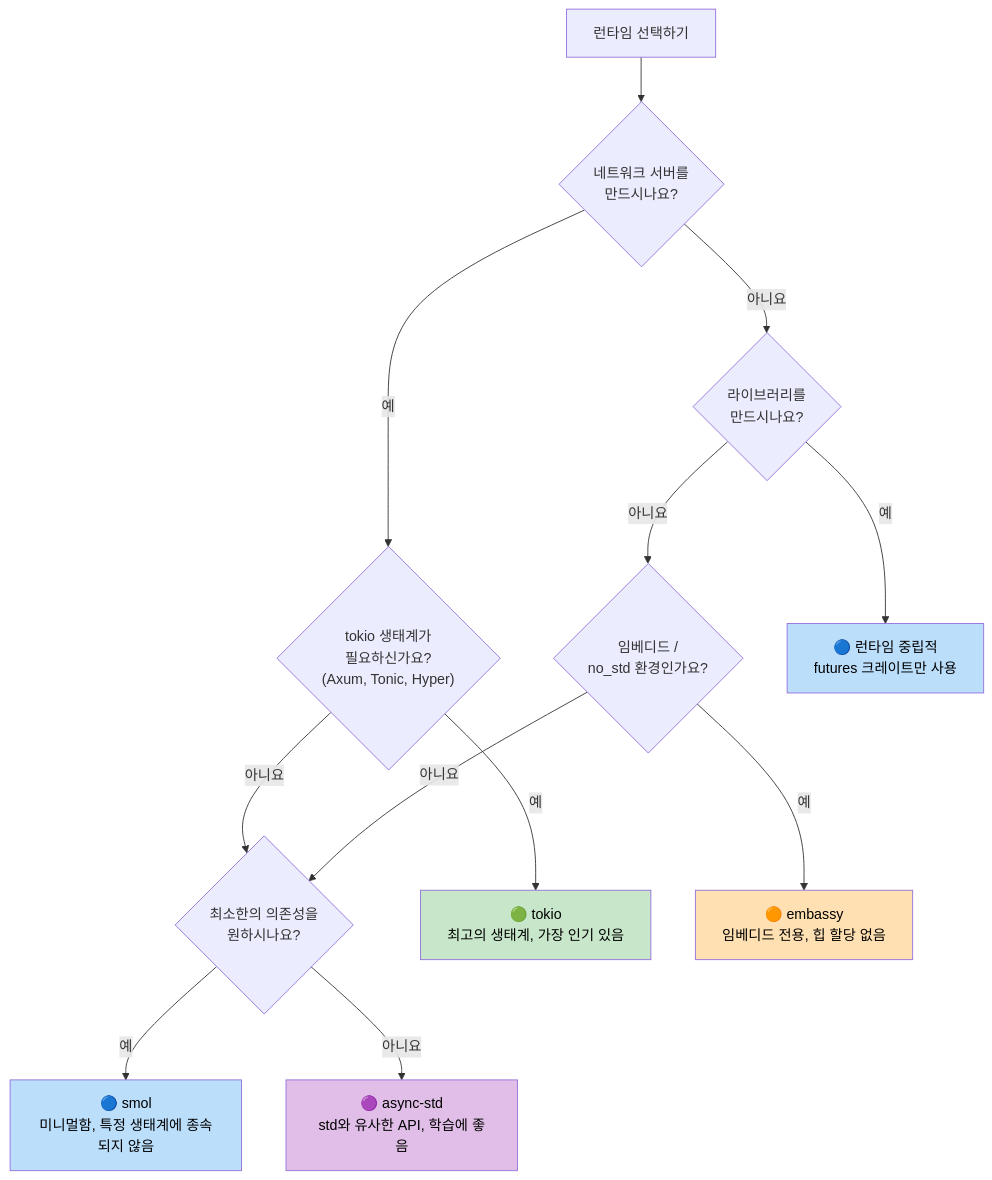
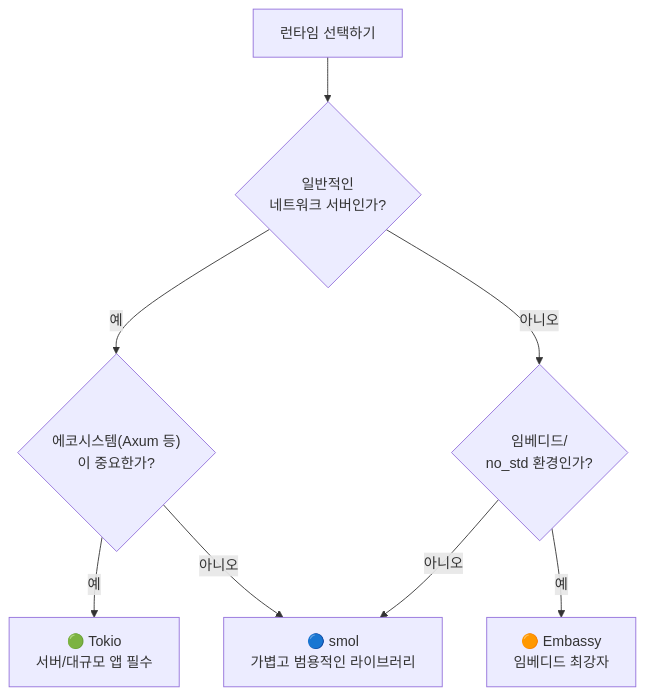
Before and after one commit to partrita/RustTraining: the second of 2 diagrams in async-book/src/ch07-executors-and-runtimes.md, drawn with Mermaid. The commit also changed other lines of this file and 157 other files, not shown here.

````diff
--- a/async-book/src/ch07-executors-and-runtimes.md
+++ b/async-book/src/ch07-executors-and-runtimes.md
@@ -230,34 +68,19 @@
 ```mermaid
 graph TD
     START["런타임 선택하기"]
-
-    Q1{"네트워크 서버를<br/>만드시나요?"}
-    Q2{"tokio 생태계가<br/>필요하신가요?<br/>(Axum, Tonic, Hyper)"}
-    Q3{"라이브러리를<br/>만드시나요?"}
-    Q4{"임베디드 /<br/>no_std 환경인가요?"}
-    Q5{"최소한의 의존성을<br/>원하시나요?"}
-
-    TOKIO["🟢 tokio<br/>최고의 생태계, 가장 인기 있음"]
-    SMOL["🔵 smol<br/>미니멀함, 특정 생태계에 종속되지 않음"]
-    EMBASSY["🟠 embassy<br/>임베디드 전용, 힙 할당 없음"]
-    ASYNC_STD["🟣 async-std<br/>std와 유사한 API, 학습에 좋음"]
-    AGNOSTIC["🔵 런타임 중립적<br/>futures 크레이트만 사용"]
+    Q1{"일반적인<br/>네트워크 서버인가?"}
+    Q2{"에코시스템(Axum 등)<br/>이 중요한가?"}
+    Q3{"임베디드/<br/>no_std 환경인가?"}
+    
+    TOKIO["🟢 Tokio<br/>서버/대규모 앱 필수"]
+    SMOL["🔵 smol<br/>가볍고 범용적인 라이브러리"]
+    EMBASSY["🟠 Embassy<br/>임베디드 최강자"]
 
     START --> Q1
-    Q1 -->|예| Q2
-    Q1 -->|아니요| Q3
-    Q2 -->|예| TOKIO
-    Q2 -->|아니요| Q5
-    Q3 -->|예| AGNOSTIC
-    Q3 -->|아니요| Q4
-    Q4 -->|예| EMBASSY
-    Q4 -->|아니요| Q5
-    Q5 -->|예| SMOL
-    Q5 -->|아니요| ASYNC_STD
-
-    style TOKIO fill:#c8e6c9,color:#000
-    style SMOL fill:#bbdefb,color:#000
-    style EMBASSY fill:#ffe0b2,color:#000
-    style ASYNC_STD fill:#e1bee7,color:#000
-    style AGNOSTIC fill:#bbdefb,color:#000
+    Q1 -- "예" --> Q2
+    Q2 -- "예" --> TOKIO
+    Q2 -- "아니오" --> SMOL
+    Q1 -- "아니오" --> Q3
+    Q3 -- "예" --> EMBASSY
+    Q3 -- "아니오" --> SMOL
 ```
````
